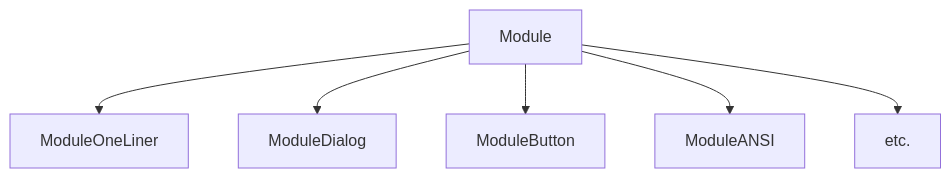
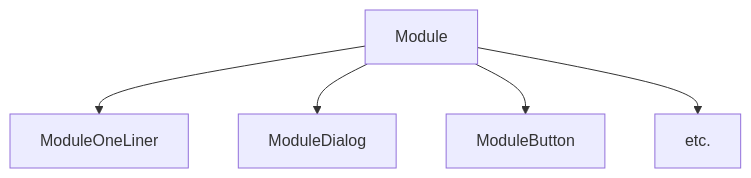
One commit to darokin/term-temple changed the second of 3 diagrams in README.md. Above: the diagram before and after it, drawn with Mermaid. The commit also changed other lines of this file, not shown here.

````diff
--- a/README.md
+++ b/README.md
@@ -70,8 +68,7 @@
 ```mermaid
 flowchart TB
     Module-->ModuleOneLiner;
     Module-->ModuleDialog;
     Module-->ModuleButton;
-    Module-->ModuleANSI;
     Module-->etc.;
 ```
````
